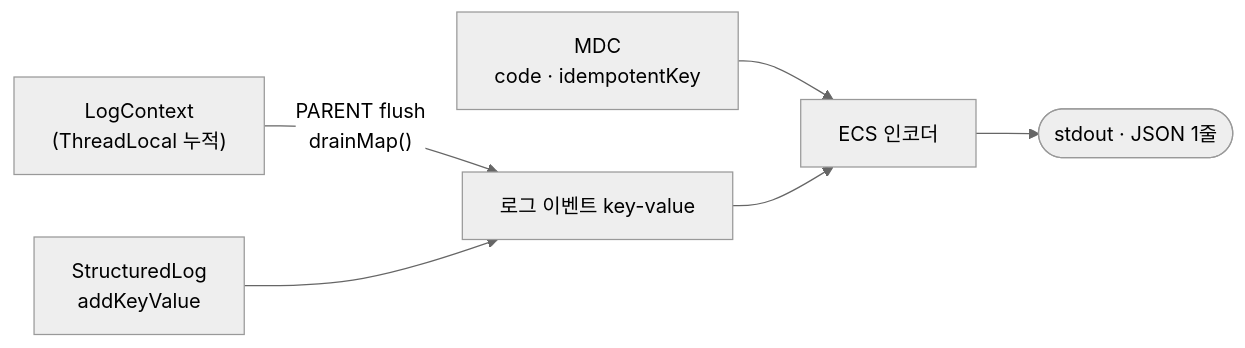
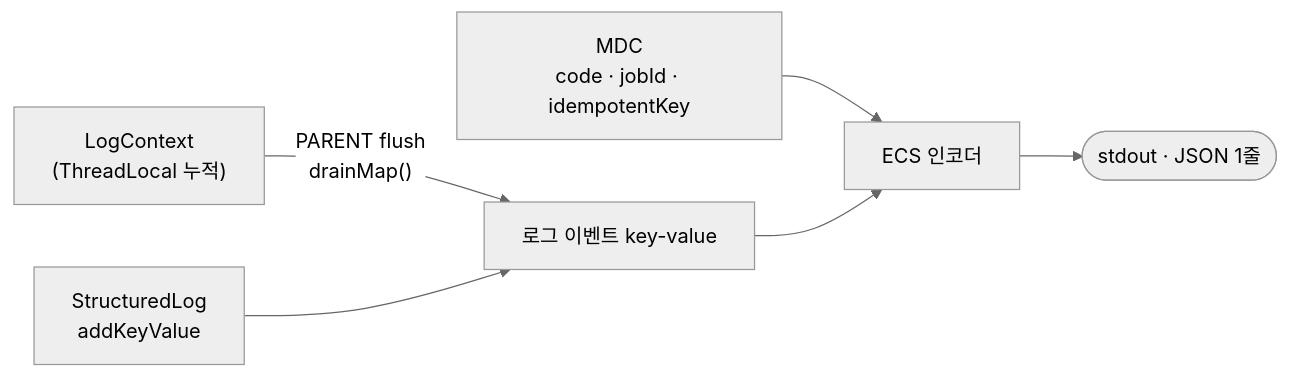
The diagram in docs/logging.md (ghlee0303/dayogg), drawn with Mermaid (neutral theme) before and after one commit. The commit also changed other lines of this file and 3 other files, not shown here.

````diff
--- a/docs/logging.md
+++ b/docs/logging.md
@@ -37,8 +37,8 @@
 ```mermaid
 flowchart LR
-    MDC["MDC<br/>code · idempotentKey"] --> Enc
+    MDC["MDC<br/>code · jobId · idempotentKey"] --> Enc
     LC["LogContext<br/>(ThreadLocal 누적)"] -->|"PARENT flush<br/>drainMap()"| KV
     SL["StructuredLog<br/>addKeyValue"] --> KV["로그 이벤트 key-value"]
     KV --> Enc["ECS 인코더"]
     Enc --> Out(["stdout · JSON 1줄"])
 ```
````
